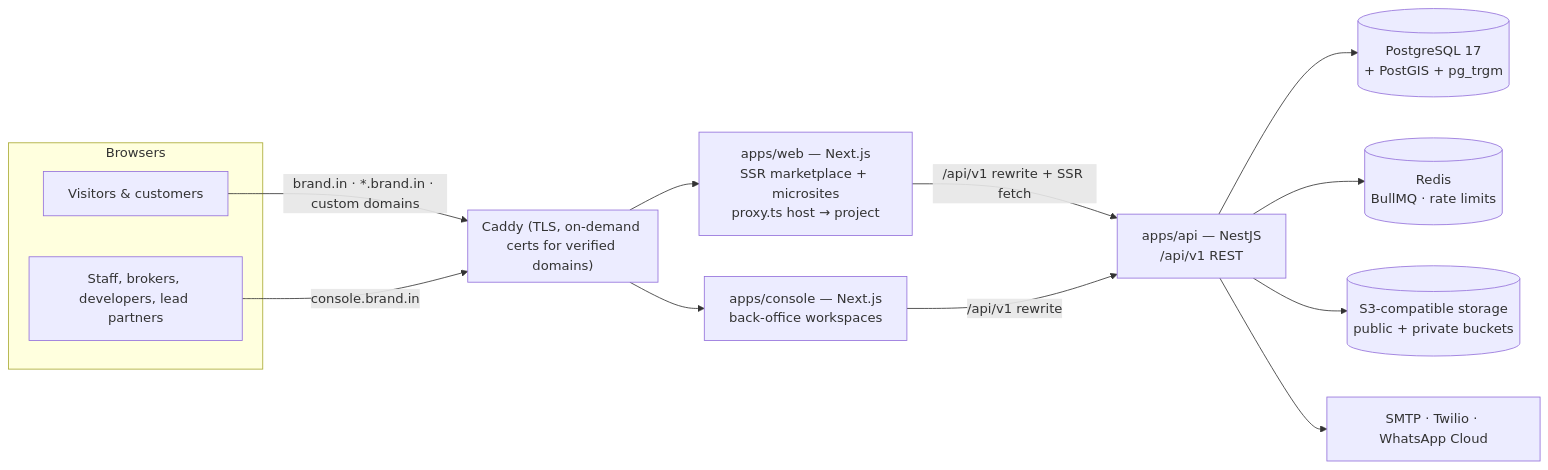
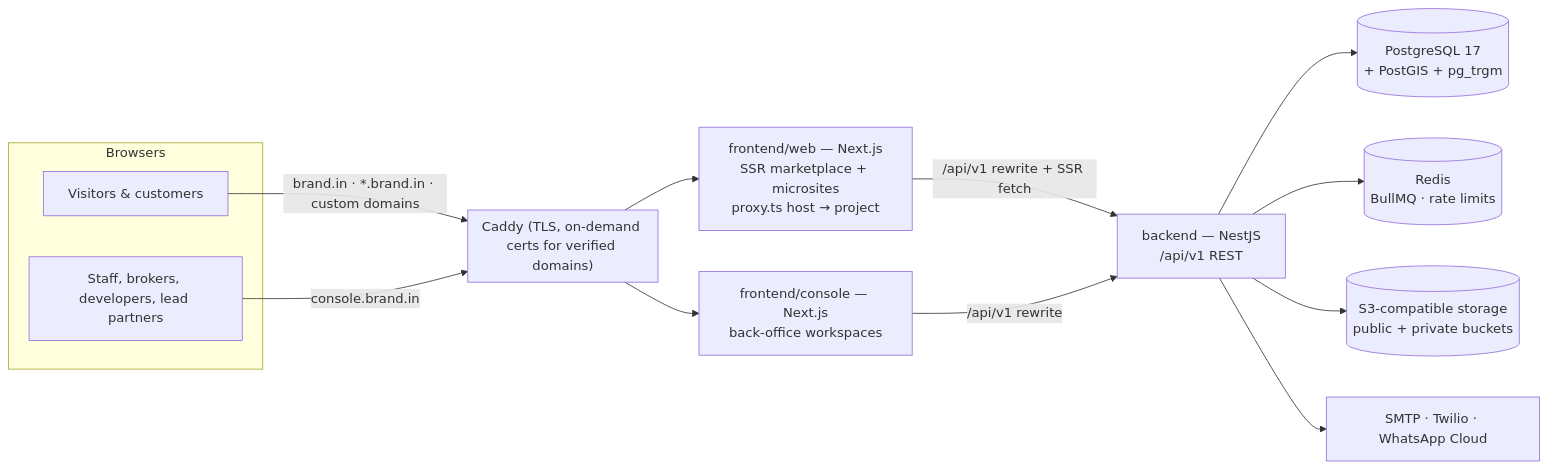
The diagram in docs/architecture/overview.md (Shahbazk03/Basera), drawn with Mermaid before and after one commit. The commit also changed other lines of this file and 398 other files, not shown here.

First line of the commit message:
Separate backend and frontend into their own folders

````diff
--- a/docs/architecture/overview.md
+++ b/docs/architecture/overview.md
@@ -7,19 +7,19 @@
 ```mermaid
 flowchart LR
   subgraph Browsers
     V[Visitors & customers]
     S[Staff, brokers, developers, lead partners]
   end
   subgraph Edge["Caddy (TLS, on-demand certs for verified domains)"]
   end
   V -->|brand.in · *.brand.in · custom domains| Edge
   S -->|console.brand.in| Edge
-  Edge --> WEB["apps/web — Next.js\nSSR marketplace + microsites\nproxy.ts host → project"]
-  Edge --> CON["apps/console — Next.js\nback-office workspaces"]
-  WEB -->|/api/v1 rewrite + SSR fetch| API["apps/api — NestJS\n/api/v1 REST"]
+  Edge --> WEB["frontend/web — Next.js\nSSR marketplace + microsites\nproxy.ts host → project"]
+  Edge --> CON["frontend/console — Next.js\nback-office workspaces"]
+  WEB -->|/api/v1 rewrite + SSR fetch| API["backend — NestJS\n/api/v1 REST"]
   CON -->|/api/v1 rewrite| API
   API --> PG[(PostgreSQL 17\n+ PostGIS + pg_trgm)]
   API --> R[(Redis\nBullMQ · rate limits)]
   API --> OBJ[(S3-compatible storage\npublic + private buckets)]
   API --> EXT[SMTP · Twilio · WhatsApp Cloud]
 ```
````
